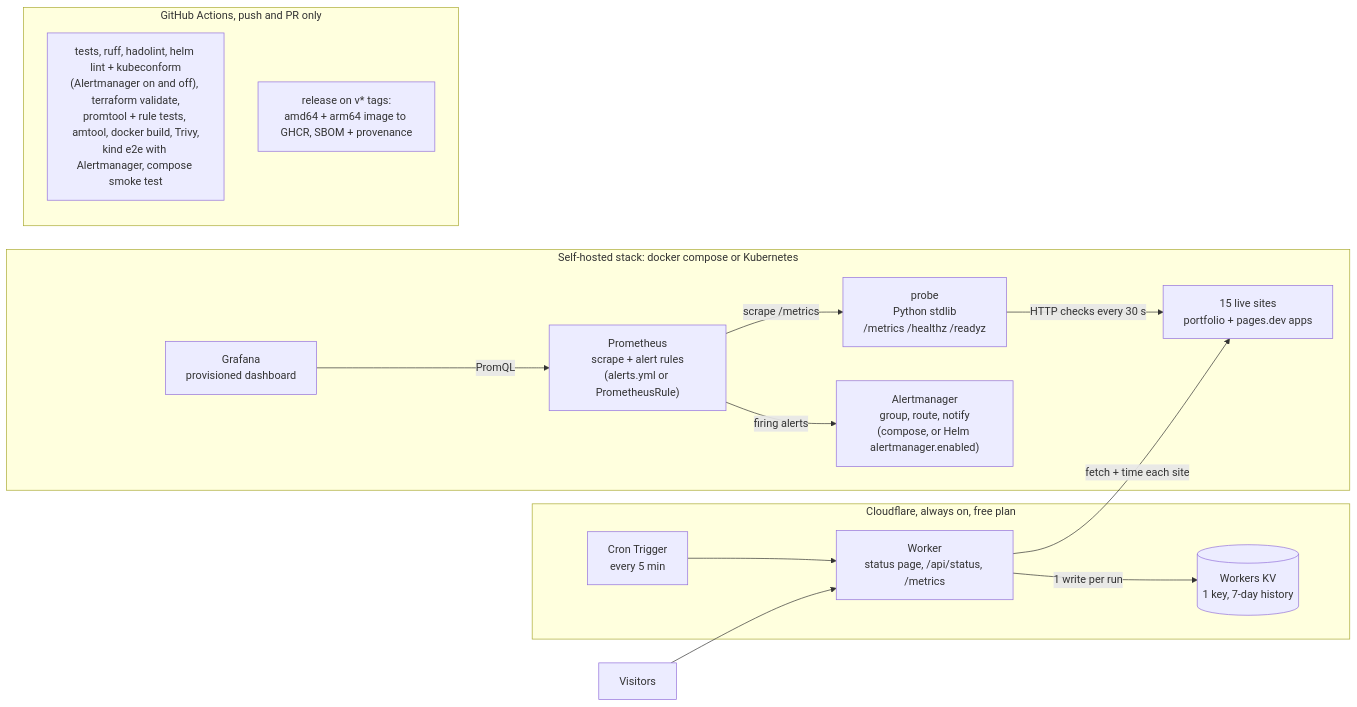
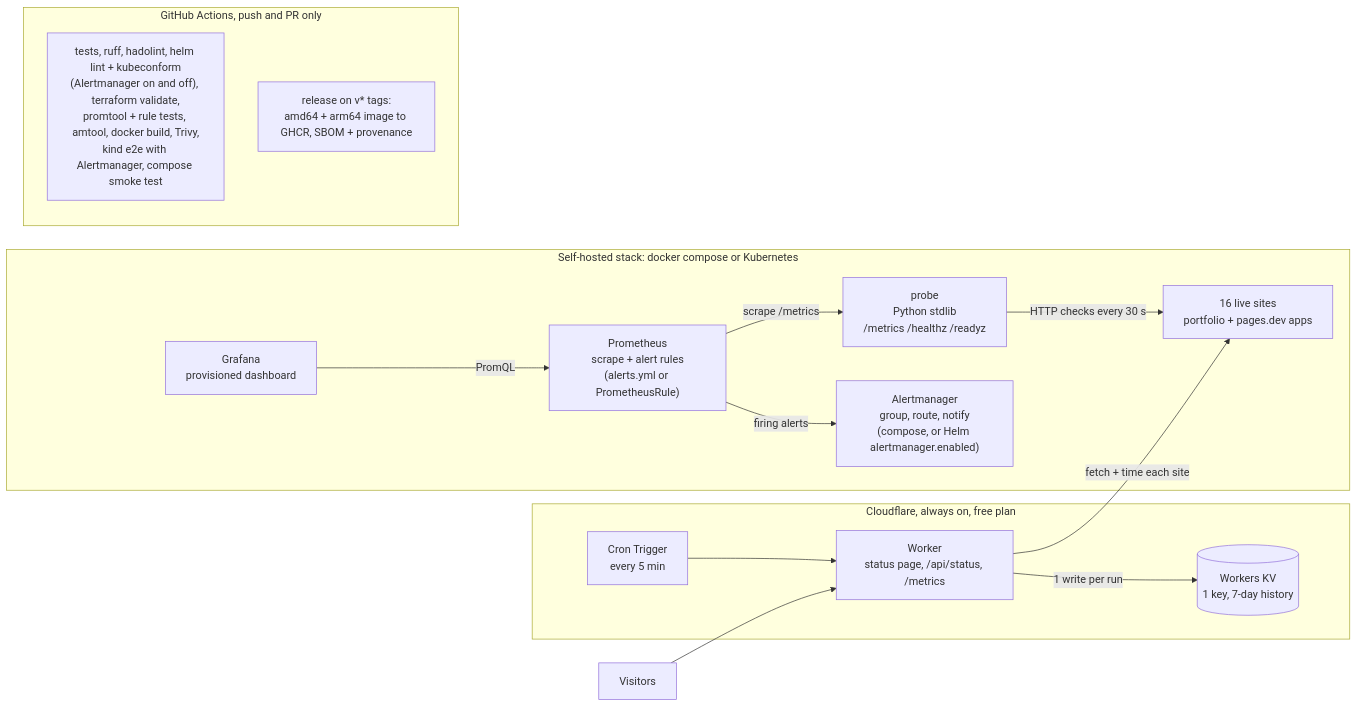
Before and after one commit to naniiic137/fleetwatch: the first of 2 diagrams in README.md, drawn with Mermaid. The commit also changed other lines of this file and 6 other files, not shown here.

````diff
--- a/README.md
+++ b/README.md
@@ -18,31 +18,31 @@
 ```mermaid
 flowchart LR
-    sites["15 live sites<br/>portfolio + pages.dev apps"]
+    sites["16 live sites<br/>portfolio + pages.dev apps"]
 
     subgraph local["Self-hosted stack: docker compose or Kubernetes"]
         probe["probe<br/>Python stdlib<br/>/metrics /healthz /readyz"]
         prom["Prometheus<br/>scrape + alert rules<br/>(alerts.yml or PrometheusRule)"]
         am["Alertmanager<br/>group, route, notify<br/>(compose, or Helm alertmanager.enabled)"]
         graf["Grafana<br/>provisioned dashboard"]
         probe -- "HTTP checks every 30 s" --> sites
         prom -- "scrape /metrics" --> probe
         prom -- "firing alerts" --> am
         graf -- "PromQL" --> prom
     end
 
     subgraph cf["Cloudflare, always on, free plan"]
         cron["Cron Trigger<br/>every 5 min"]
         worker["Worker<br/>status page, /api/status, /metrics"]
         kv[("Workers KV<br/>1 key, 7-day history")]
         cron --> worker
         worker -- "fetch + time each site" --> sites
         worker -- "1 write per run" --> kv
     end
 
     visitors["Visitors"] --> worker
 
     subgraph gha["GitHub Actions, push and PR only"]
         ci["tests, ruff, hadolint, helm lint + kubeconform<br/>(Alertmanager on and off), terraform validate,<br/>promtool + rule tests, amtool, docker build, Trivy,<br/>kind e2e with Alertmanager, compose smoke test"]
         rel["release on v* tags:<br/>amd64 + arm64 image to GHCR, SBOM + provenance"]
     end
 ```
````
